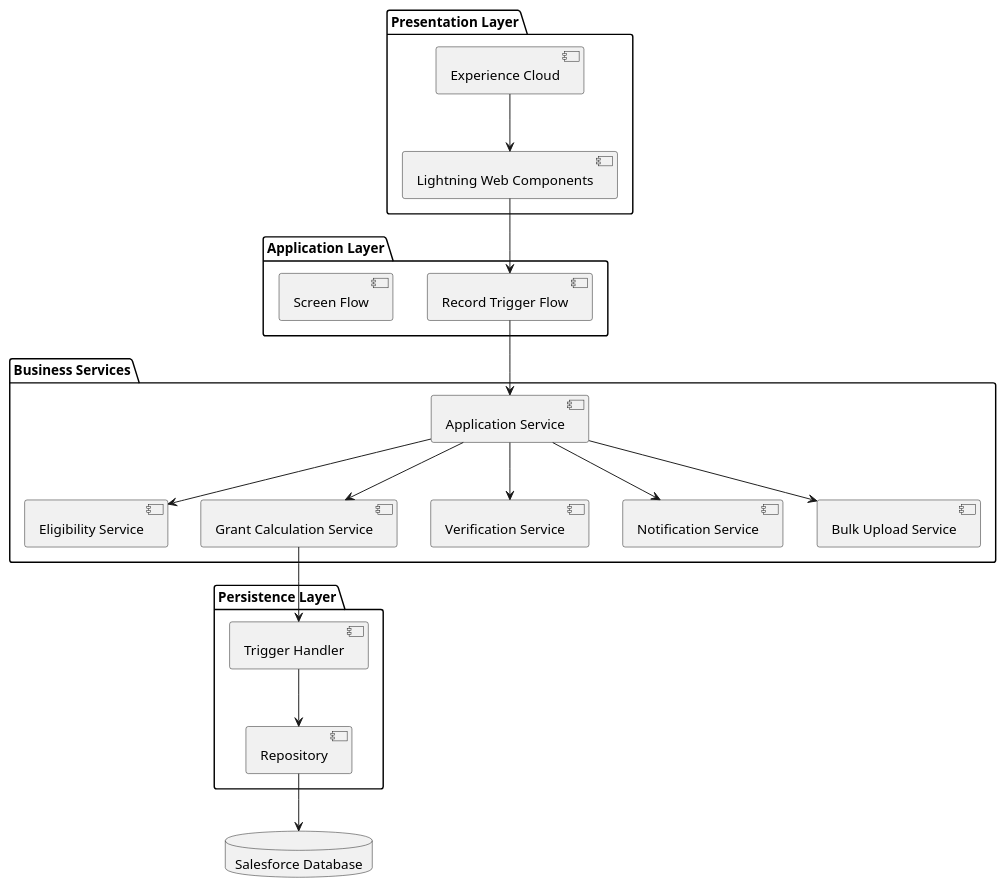
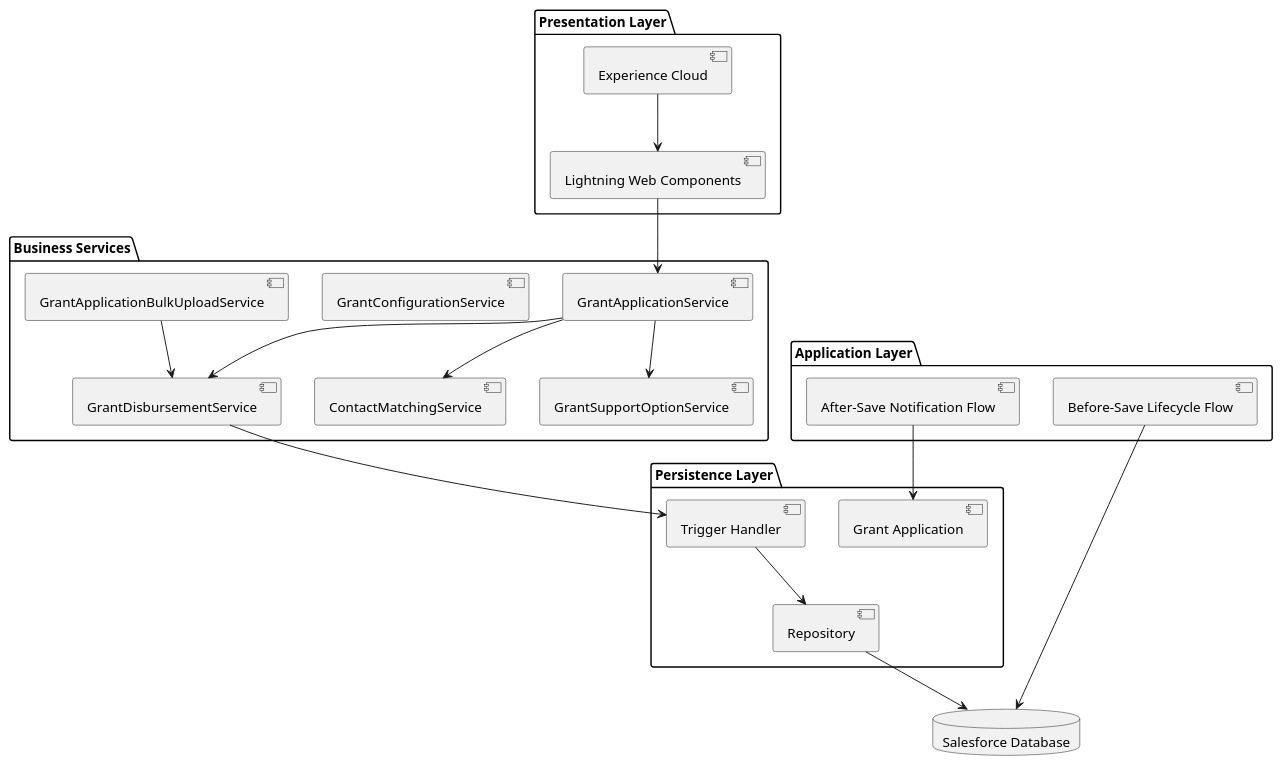
One commit to jimmytobing/virtusa changed the diagram in doc/3.2 Application Layer Overview.puml. Above: the diagram before and after it, drawn with PlantUML. The commit also changed 16 other files, not shown here.

```diff
--- a/doc/3.2 Application Layer Overview.puml
+++ b/doc/3.2 Application Layer Overview.puml
@@ -1,67 +1,69 @@
 @startuml
 
 package "Presentation Layer" {
 
 component "Experience Cloud"
 
 component "Lightning Web Components"
 
 }
 
 package "Application Layer" {
 
-component "Record Trigger Flow"
+component "Before-Save Lifecycle Flow"
 
-component "Screen Flow"
+component "After-Save Notification Flow"
 
 }
 
 package "Business Services" {
 
-component "Application Service"
+component "GrantApplicationService"
 
-component "Eligibility Service"
+component "ContactMatchingService"
 
-component "Grant Calculation Service"
+component "GrantDisbursementService"
 
-component "Verification Service"
+component "GrantConfigurationService"
 
-component "Notification Service"
+component "GrantSupportOptionService"
 
-component "Bulk Upload Service"
+component "GrantApplicationBulkUploadService"
 
 }
 
 package "Persistence Layer" {
 
 component "Trigger Handler"
 
 component "Repository"
 
+component "Grant Application"
+
 }
 
 database "Salesforce Database"
 
 "Experience Cloud" --> "Lightning Web Components"
 
-"Lightning Web Components" --> "Record Trigger Flow"
+"Lightning Web Components" --> "GrantApplicationService"
 
-"Record Trigger Flow" --> "Application Service"
+"Before-Save Lifecycle Flow" --> "Salesforce Database"
 
-"Application Service" --> "Eligibility Service"
+"After-Save Notification Flow" --> "Grant Application"
 
-"Application Service" --> "Grant Calculation Service"
+"GrantApplicationService" --> "ContactMatchingService"
 
-"Application Service" --> "Verification Service"
+"GrantApplicationService" --> "GrantSupportOptionService"
 
-"Application Service" --> "Notification Service"
+"GrantApplicationService" --> "GrantDisbursementService"
 
-"Application Service" --> "Bulk Upload Service"
+"GrantApplicationBulkUploadService" --> "GrantDisbursementService"
 
-"Grant Calculation Service" --> "Trigger Handler"
+"GrantDisbursementService" --> "Trigger Handler"
 
 "Trigger Handler" --> Repository
 
 Repository --> "Salesforce Database"
 
 @enduml
```
